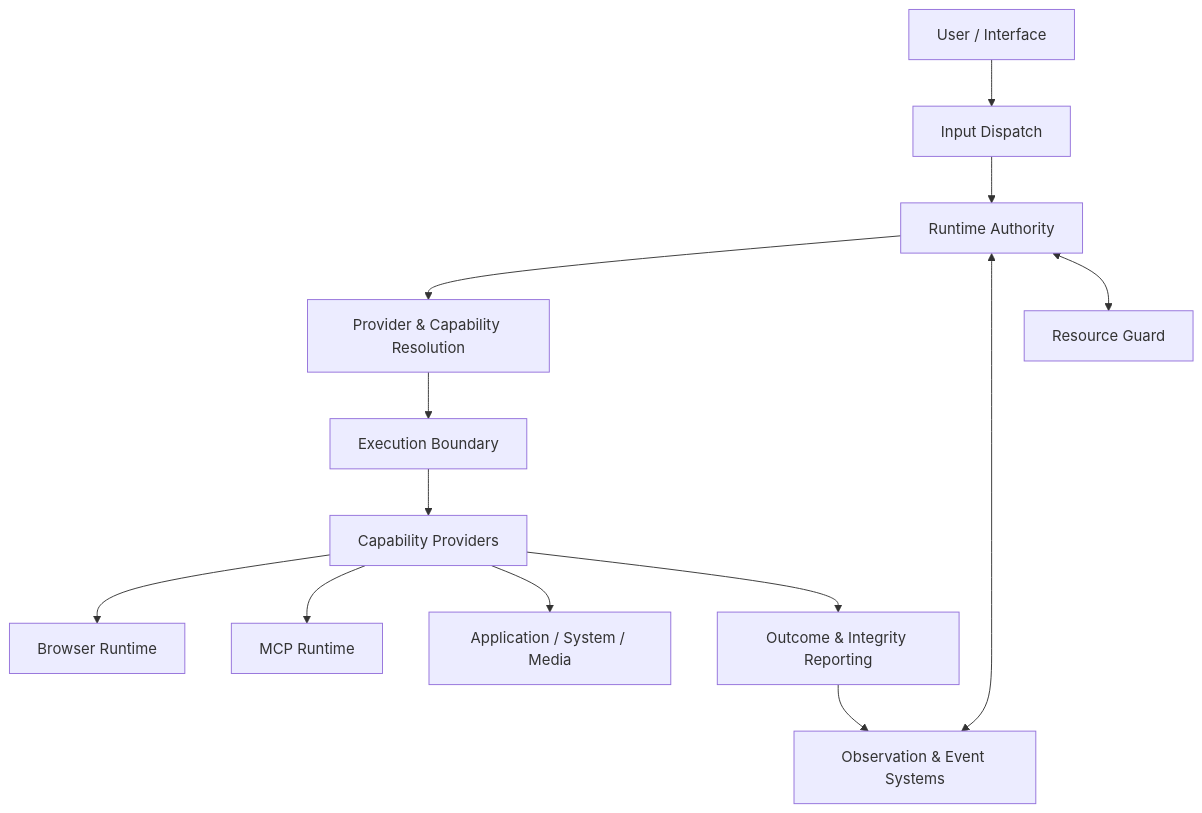
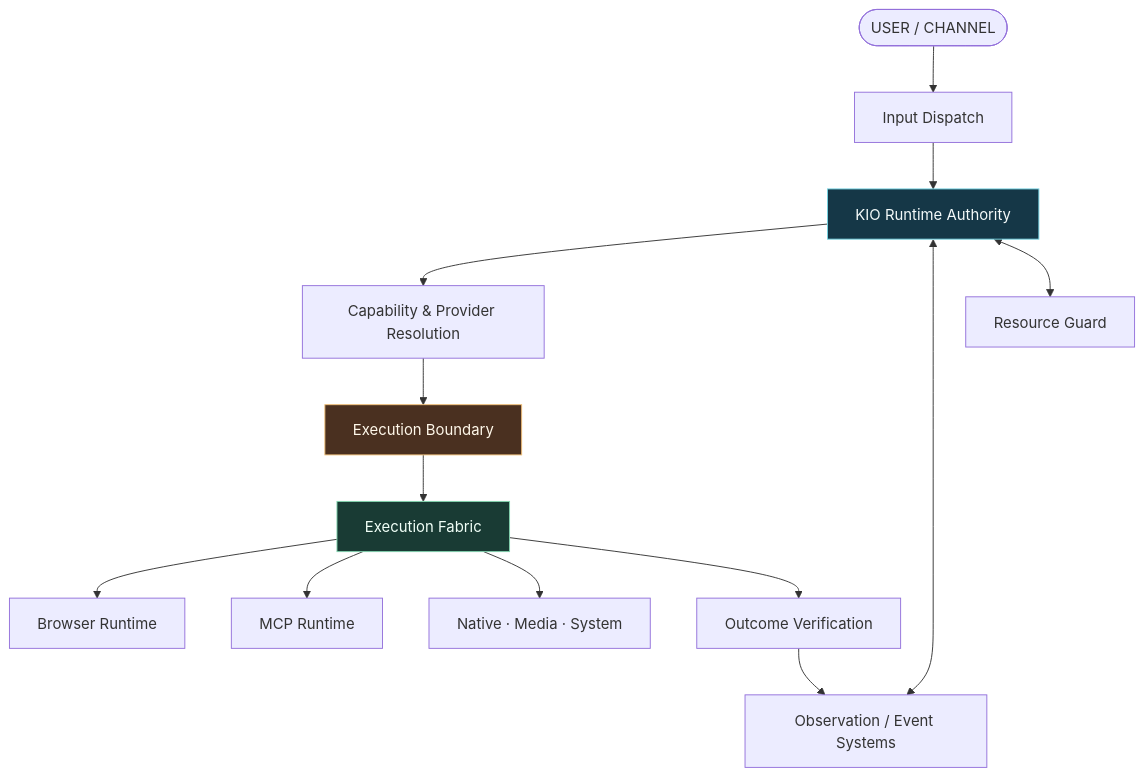
Before and after one commit to aspire488/Kio: the diagram in README.md, drawn with Mermaid. The commit also changed other lines of this file, not shown here.

Commit message:
design: rebuild KIO README with custom visual identity

````diff
--- a/README.md
+++ b/README.md
@@ -39,15 +65,18 @@
 ```mermaid
 flowchart TB
-    U[User / Interface] --> D[Input Dispatch]
-    D --> R[Runtime Authority]
-    R --> P[Provider & Capability Resolution]
-    P --> G[Execution Boundary]
-    G --> X[Capability Providers]
-    X --> B[Browser Runtime]
-    X --> M[MCP Runtime]
-    X --> A[Application / System / Media]
-    R <--> E[Observation & Event Systems]
-    R <--> Q[Resource Guard]
-    X --> O[Outcome & Integrity Reporting]
-    O --> E
+    U(["USER / CHANNEL"]) --> D["Input Dispatch"]
+    D --> R["KIO Runtime Authority"]
+    R --> C["Capability & Provider Resolution"]
+    C --> S["Execution Boundary"]
+    S --> F["Execution Fabric"]
+    F --> B["Browser Runtime"]
+    F --> M["MCP Runtime"]
+    F --> N["Native · Media · System"]
+    R <--> O["Observation / Event Systems"]
+    R <--> G["Resource Guard"]
+    F --> V["Outcome Verification"]
+    V --> O
+    style R fill:#153747,stroke:#75D5E4,color:#F4FAFA
+    style S fill:#4A3020,stroke:#F2C078,color:#FFF8EA
+    style F fill:#193B34,stroke:#83D6B0,color:#F0FFF7
 ```
````
